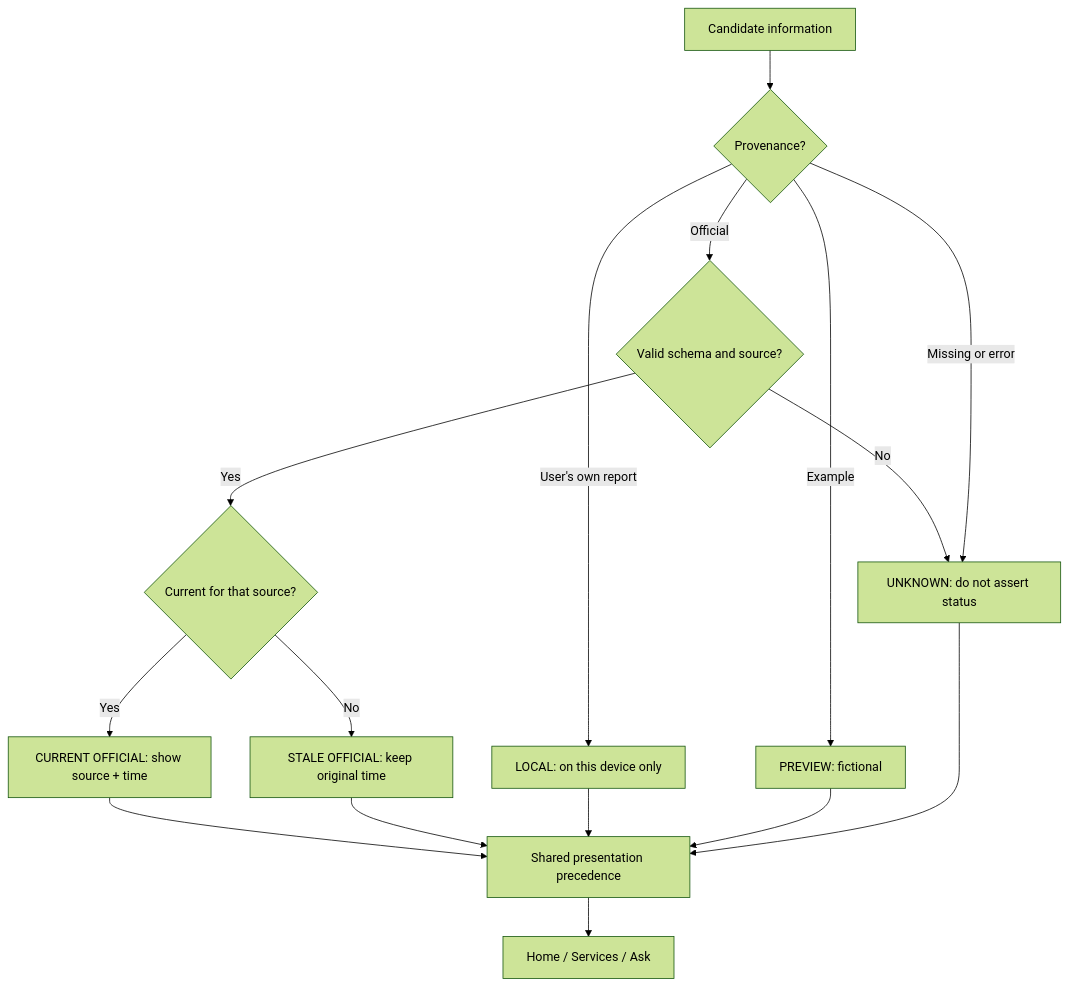
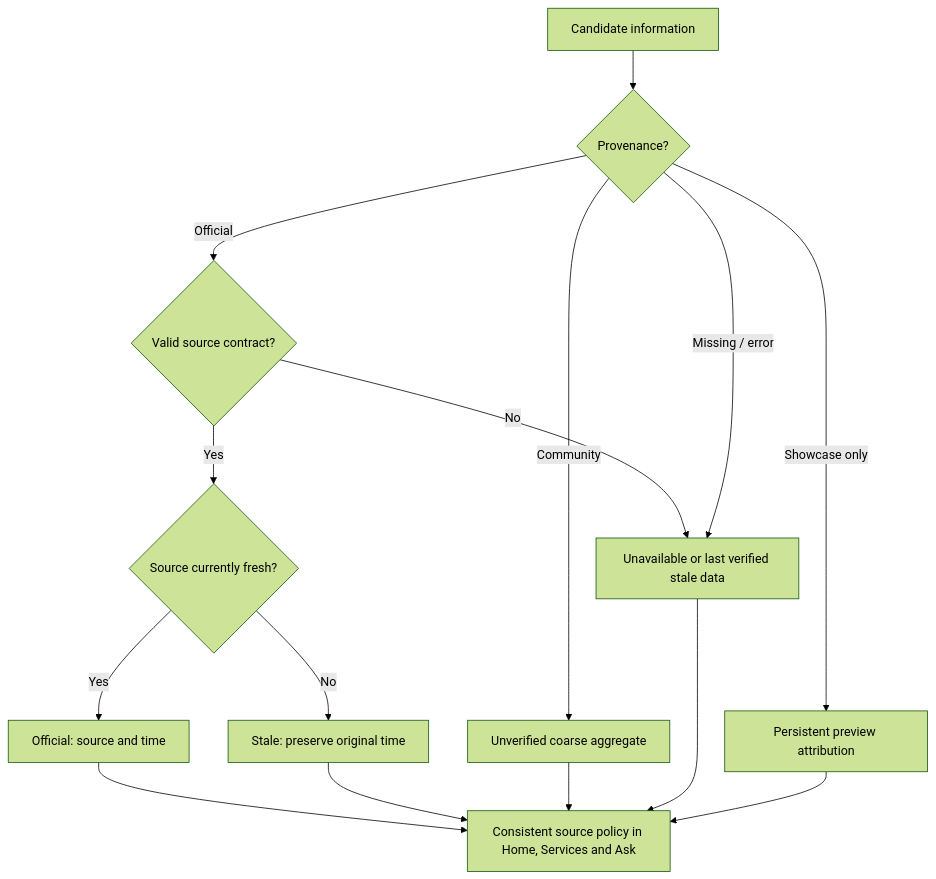
Before and after one commit to AngelP17/PanaPulse: the sixth of 9 diagrams in docs/architecture/PANAPULSE_TECHNICAL_ARCHITECTURE.md, drawn with Mermaid (forest theme). The commit also changed other lines of this file and 13 other files, not shown here.

Commit message:
docs(beta): reconcile Mermaid architecture, API contracts and owner acceptance

````diff
--- a/docs/architecture/PANAPULSE_TECHNICAL_ARCHITECTURE.md
+++ b/docs/architecture/PANAPULSE_TECHNICAL_ARCHITECTURE.md
@@ -90,18 +171,17 @@
 ```mermaid
 flowchart TD
-    Data["Candidate information"] --> Origin{"Provenance?"}
-    Origin -- "Official" --> Valid{"Valid schema and source?"}
-    Valid -- No --> Unknown["UNKNOWN: do not assert status"]
-    Valid -- Yes --> Fresh{"Current for that source?"}
-    Fresh -- Yes --> Current["CURRENT OFFICIAL: show source + time"]
-    Fresh -- No --> Stale["STALE OFFICIAL: keep original time"]
-    Origin -- "User's own report" --> Local["LOCAL: on this device only"]
-    Origin -- "Example" --> Demo["PREVIEW: fictional"]
-    Origin -- "Missing or error" --> Unknown
-    Current --> Selector["Shared presentation precedence"]
-    Stale --> Selector
-    Local --> Selector
-    Demo --> Selector
-    Unknown --> Selector
-    Selector --> UI["Home / Services / Ask"]
+    Input["Candidate information"] --> Kind{"Provenance?"}
+    Kind -- Official --> Valid{"Valid source contract?"}
+    Valid -- Yes --> Fresh{"Source currently fresh?"}
+    Fresh -- Yes --> Current["Official: source and time"]
+    Fresh -- No --> Stale["Stale: preserve original time"]
+    Valid -- No --> Unknown["Unavailable or last verified stale data"]
+    Kind -- Community --> Community["Unverified coarse aggregate"]
+    Kind -- "Missing / error" --> Unknown
+    Kind -- "Showcase only" --> Demo["Persistent preview attribution"]
+    Current --> Display["Consistent source policy in Home, Services and Ask"]
+    Stale --> Display
+    Community --> Display
+    Unknown --> Display
+    Demo --> Display
 ```
````
